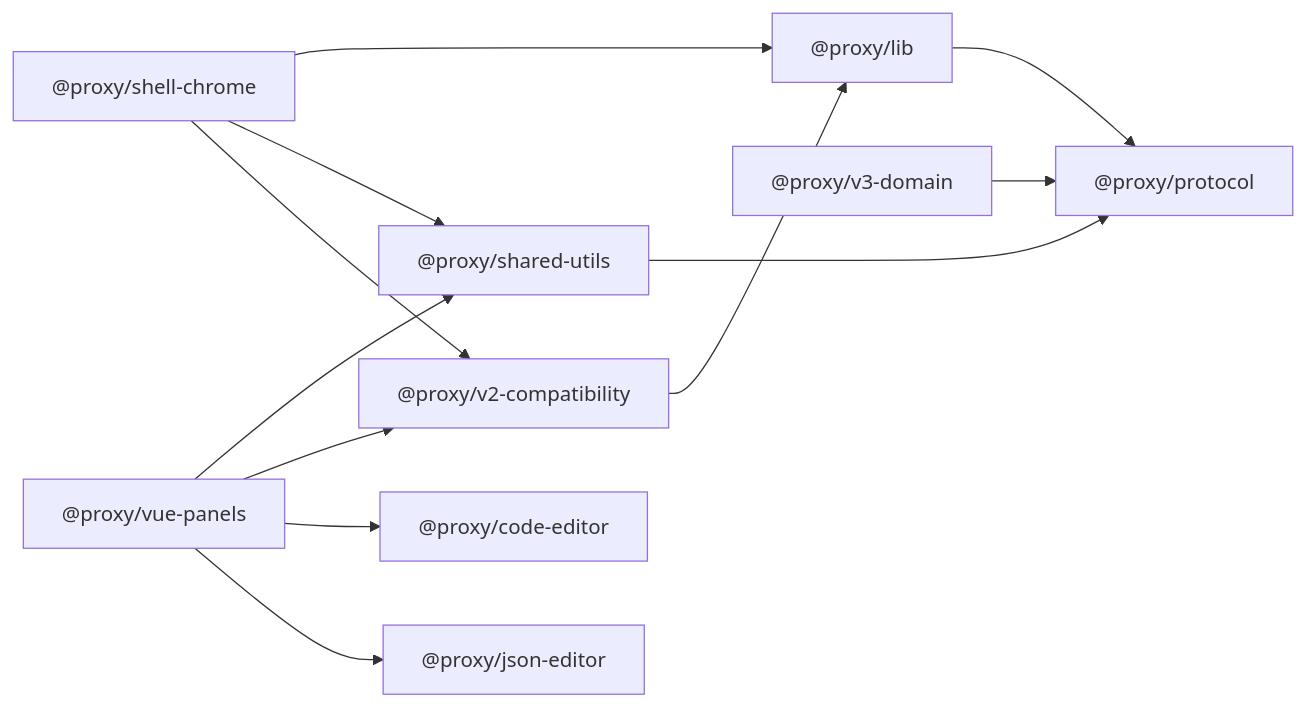
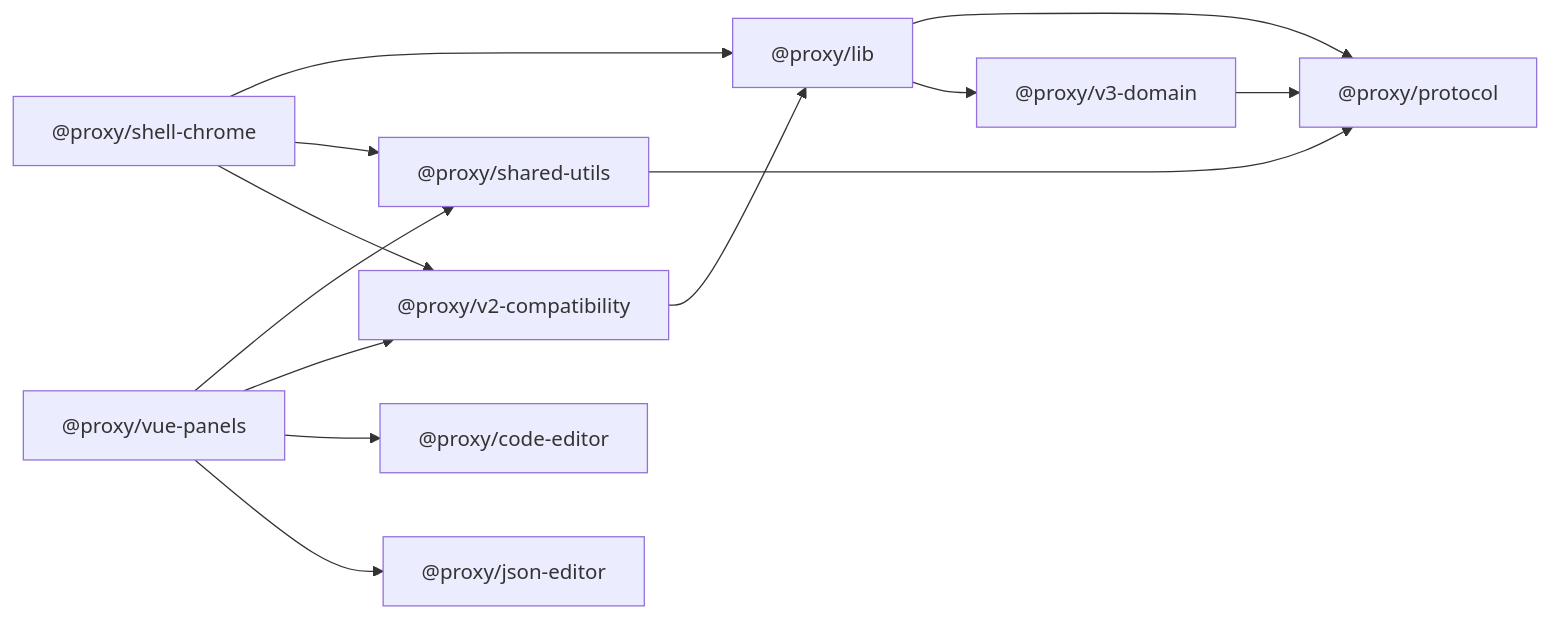
The first of 4 diagrams in docs/V3-ARCHITECTURE-ASSESSMENT.zh.md (Nyakooo/ajax-proxy), drawn with Mermaid before and after one commit. The commit also changed other lines of this file and 6 other files, not shown here.

````diff
--- a/docs/V3-ARCHITECTURE-ASSESSMENT.zh.md
+++ b/docs/V3-ARCHITECTURE-ASSESSMENT.zh.md
@@ -9,24 +9,25 @@
 ```mermaid
 flowchart LR
   protocol["@proxy/protocol"]
   proxy["@proxy/lib"]
   shared["@proxy/shared-utils"]
   compat["@proxy/v2-compatibility"]
   shell["@proxy/shell-chrome"]
   domain["@proxy/v3-domain"]
   panels["@proxy/vue-panels"]
   code["@proxy/code-editor"]
   json["@proxy/json-editor"]
 
   proxy --> protocol
+  proxy --> domain
   shared --> protocol
   compat --> proxy
   domain --> protocol
   shell --> proxy
   shell --> shared
   shell --> compat
   panels --> shared
   panels --> compat
   panels --> code
   panels --> json
 ```
````
